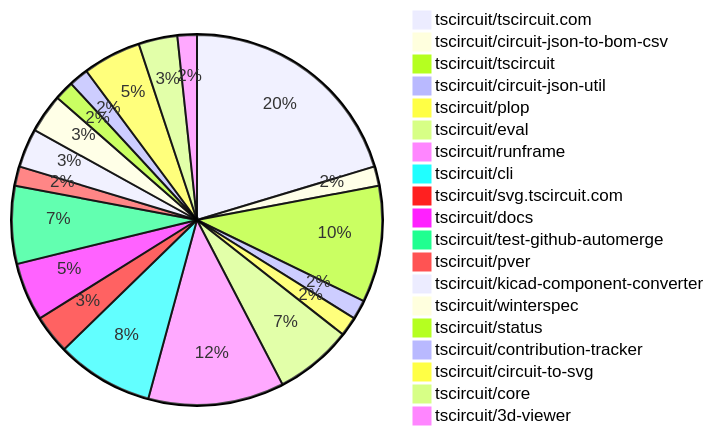
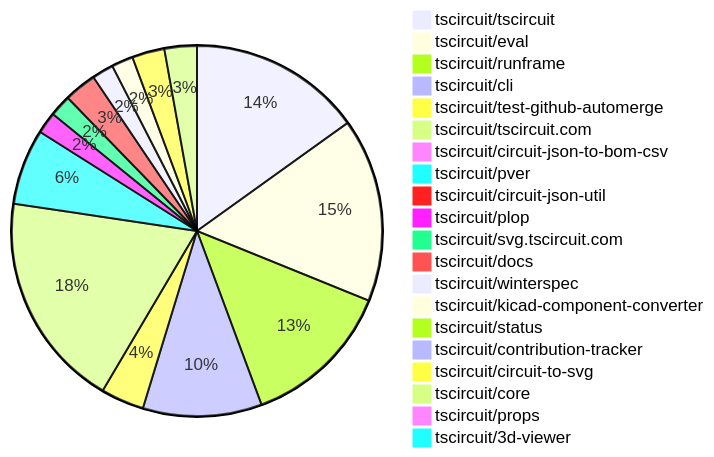
Before and after one commit to tscircuit/contribution-tracker: the first of 2 diagrams in README.md, drawn with Mermaid. The commit also changed other lines of this file and 3 other files, not shown here.

````diff
--- a/README.md
+++ b/README.md
@@ -29,22 +29,23 @@
 ```mermaid
 pie
-    "tscircuit/tscircuit.com" : 12
+    "tscircuit/tscircuit" : 16
+    "tscircuit/eval" : 17
+    "tscircuit/runframe" : 14
+    "tscircuit/cli" : 11
+    "tscircuit/test-github-automerge" : 4
+    "tscircuit/tscircuit.com" : 20
     "tscircuit/circuit-json-to-bom-csv" : 1
-    "tscircuit/tscircuit" : 6
+    "tscircuit/pver" : 7
     "tscircuit/circuit-json-util" : 1
-    "tscircuit/plop" : 1
-    "tscircuit/eval" : 4
-    "tscircuit/runframe" : 7
-    "tscircuit/cli" : 5
+    "tscircuit/plop" : 2
     "tscircuit/svg.tscircuit.com" : 2
     "tscircuit/docs" : 3
-    "tscircuit/test-github-automerge" : 4
-    "tscircuit/pver" : 1
+    "tscircuit/winterspec" : 2
     "tscircuit/kicad-component-converter" : 2
-    "tscircuit/winterspec" : 2
     "tscircuit/status" : 1
     "tscircuit/contribution-tracker" : 1
     "tscircuit/circuit-to-svg" : 3
-    "tscircuit/core" : 2
+    "tscircuit/core" : 3
+    "tscircuit/props" : 1
     "tscircuit/3d-viewer" : 1
 ```
````
